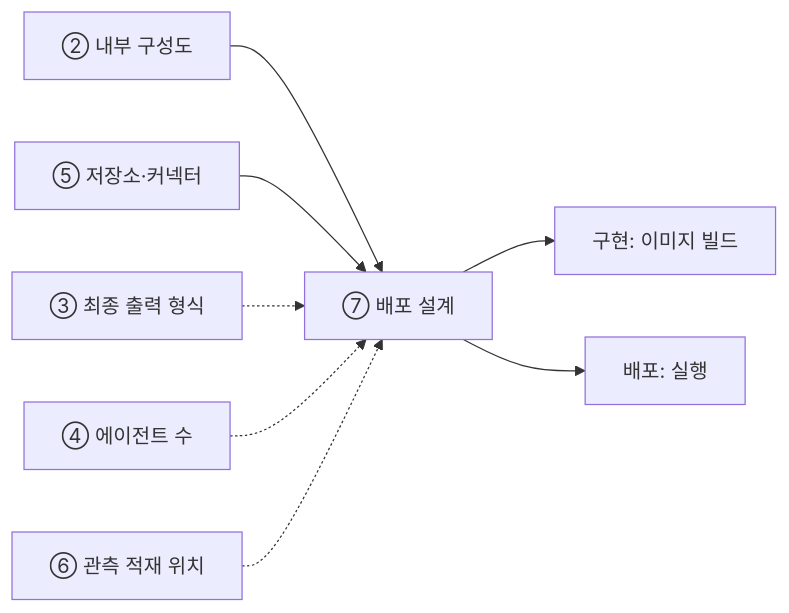
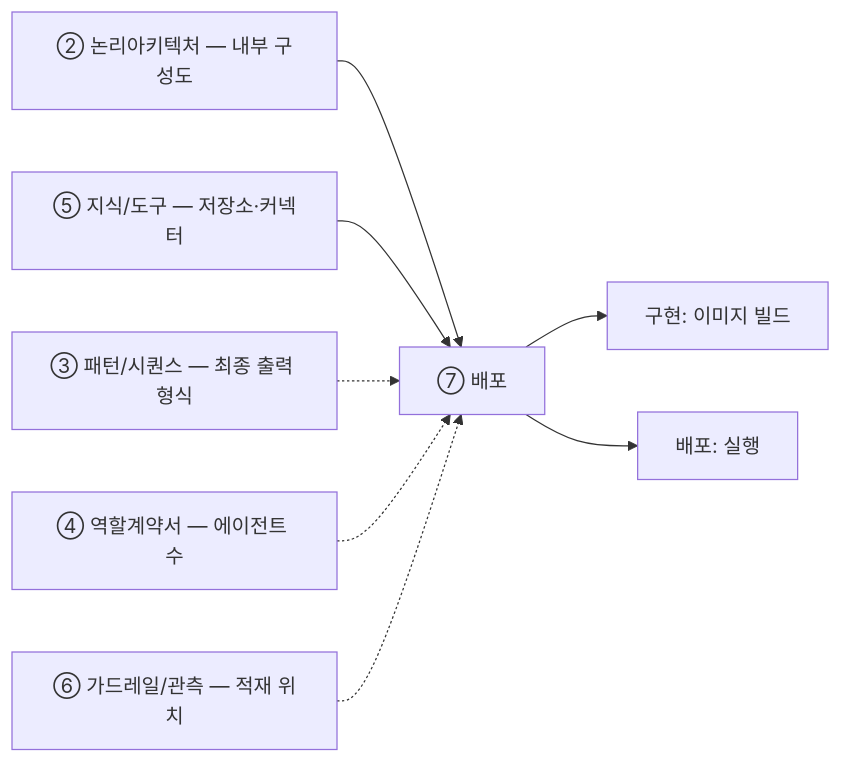
The diagram in guides/07-배포설계-가이드.md (unicorn-campus/design-agentic-ai), drawn with Mermaid before and after one commit. The commit also changed other lines of this file and 15 other files, not shown here.

````diff
--- a/guides/07-배포설계-가이드.md
+++ b/guides/07-배포설계-가이드.md
@@ -20,10 +20,10 @@
 ```mermaid
 flowchart LR
-  B["② 내부 구성도"] --> G["⑦ 배포 설계"]
-  E["⑤ 저장소·커넥터"] --> G
-  D["③ 최종 출력 형식"] -.-> G
-  C["④ 에이전트 수"] -.-> G
-  F["⑥ 관측 적재 위치"] -.-> G
+  B["② 논리아키텍처 — 내부 구성도"] --> G["⑦ 배포"]
+  E["⑤ 지식/도구 — 저장소·커넥터"] --> G
+  D["③ 패턴/시퀀스 — 최종 출력 형식"] -.-> G
+  C["④ 역할계약서 — 에이전트 수"] -.-> G
+  F["⑥ 가드레일/관측 — 적재 위치"] -.-> G
   G --> H["구현: 이미지 빌드"]
   G --> I["배포: 실행"]
 ```
````
